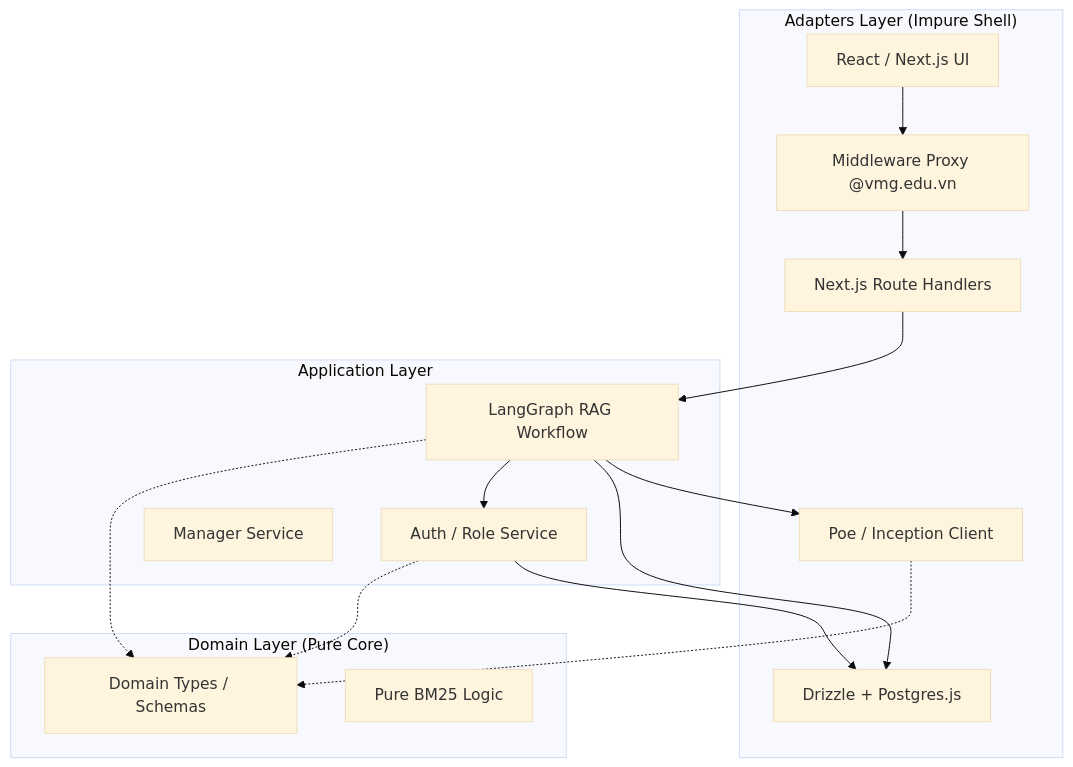
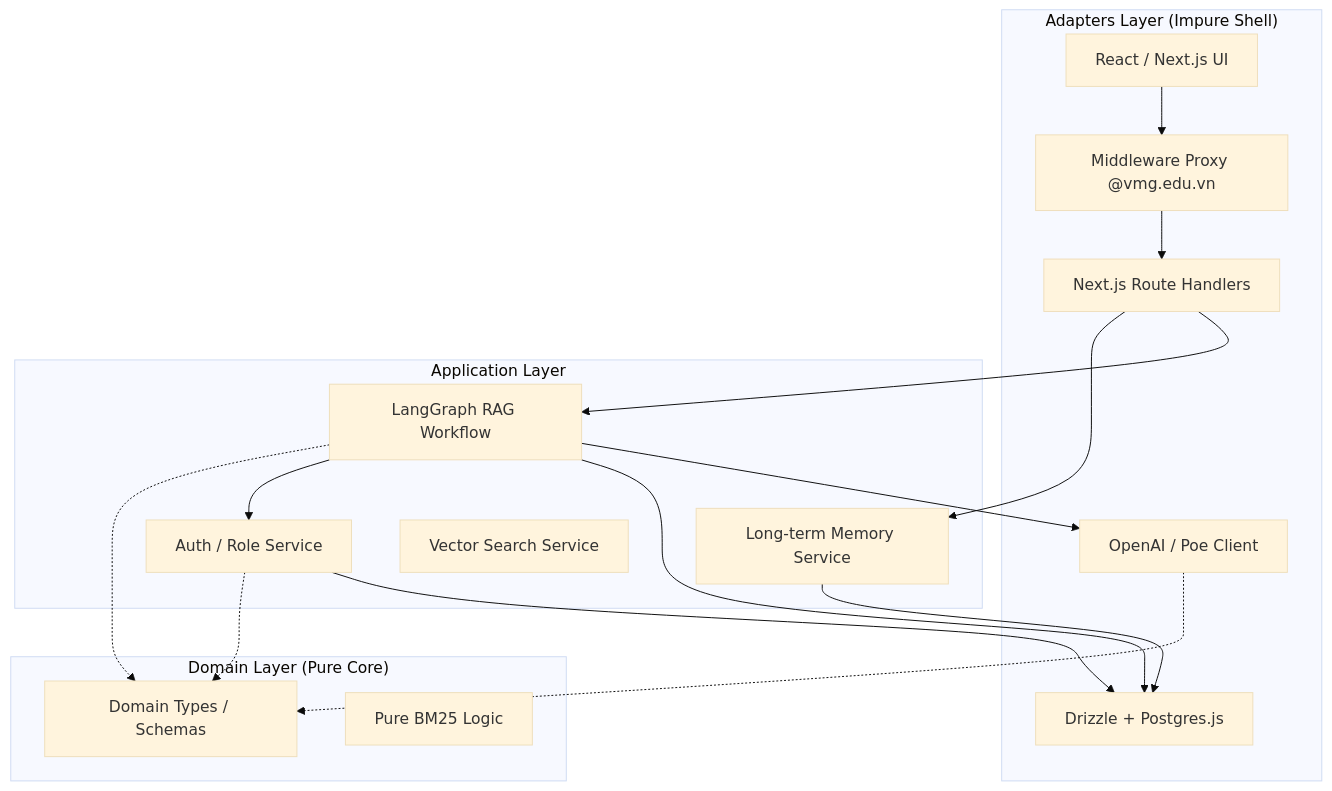
One commit to DragonL57/vmg_chatbot changed the first of 2 diagrams in docs/ARCHITECTURE.md. Above: the diagram before and after it, drawn with Mermaid (base theme). The commit also changed other lines of this file and 29 other files, not shown here.

Commit message:
feat: implement metacognition, long-term memory, and interactive citations

````diff
--- a/docs/ARCHITECTURE.md
+++ b/docs/ARCHITECTURE.md
@@ -12,34 +13,37 @@
 ```mermaid
 graph TD
     subgraph "Adapters Layer (Impure Shell)"
         UI[React / Next.js UI]
         API[Next.js Route Handlers]
         Proxy[Middleware Proxy @vmg.edu.vn]
         DB_Adapter[Drizzle + Postgres.js]
-        LLM_Adapter[Poe / Inception Client]
+        LLM_Adapter[OpenAI / Poe Client]
     end
 
     subgraph "Application Layer"
         Graph[LangGraph RAG Workflow]
         AuthService[Auth / Role Service]
-        Manager[Manager Service]
+        MemoryService[Long-term Memory Service]
+        VectorSearch[Vector Search Service]
     end
 
     subgraph "Domain Layer (Pure Core)"
         Types[Domain Types / Schemas]
         BM25[Pure BM25 Logic]
     end
 
     UI --> Proxy
     Proxy --> API
     API --> Graph
+    API --> MemoryService
     Graph --> LLM_Adapter
     Graph --> DB_Adapter
     Graph --> AuthService
     AuthService --> DB_Adapter
+    MemoryService --> DB_Adapter
     
     %% Dependency Rules
     Graph -.-> Types
     AuthService -.-> Types
     LLM_Adapter -.-> Types
 ```
````
